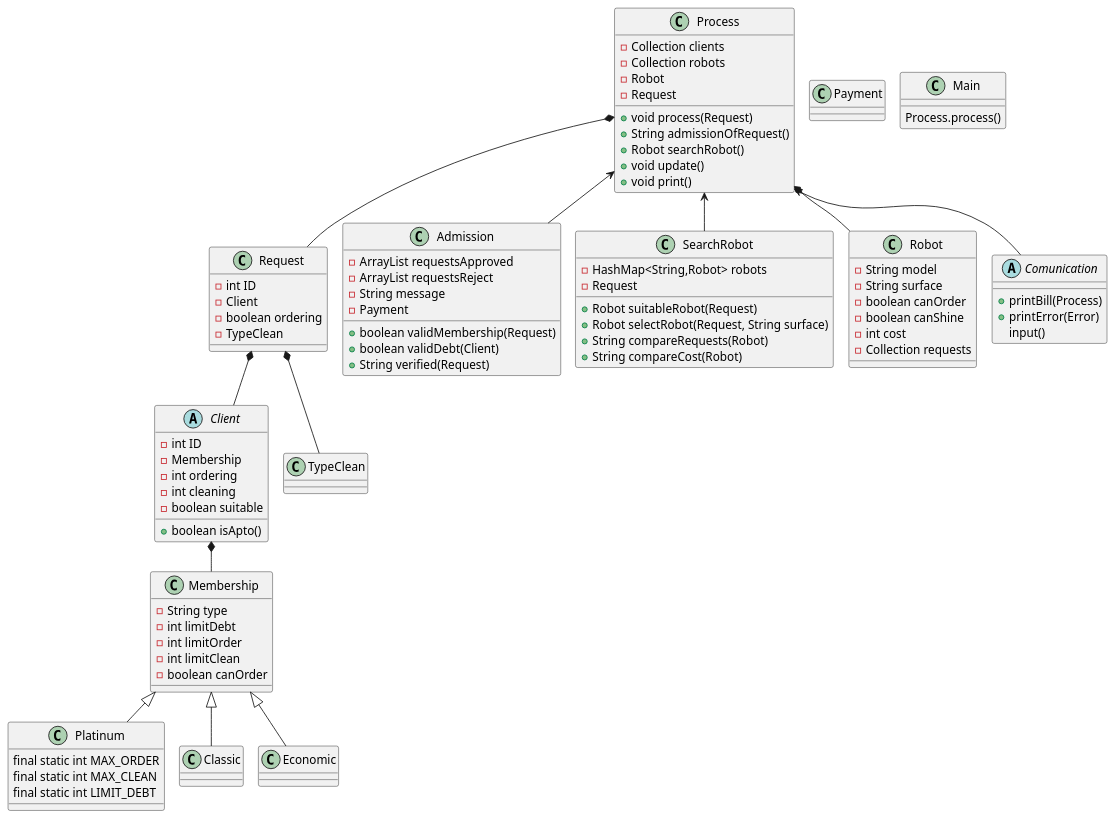
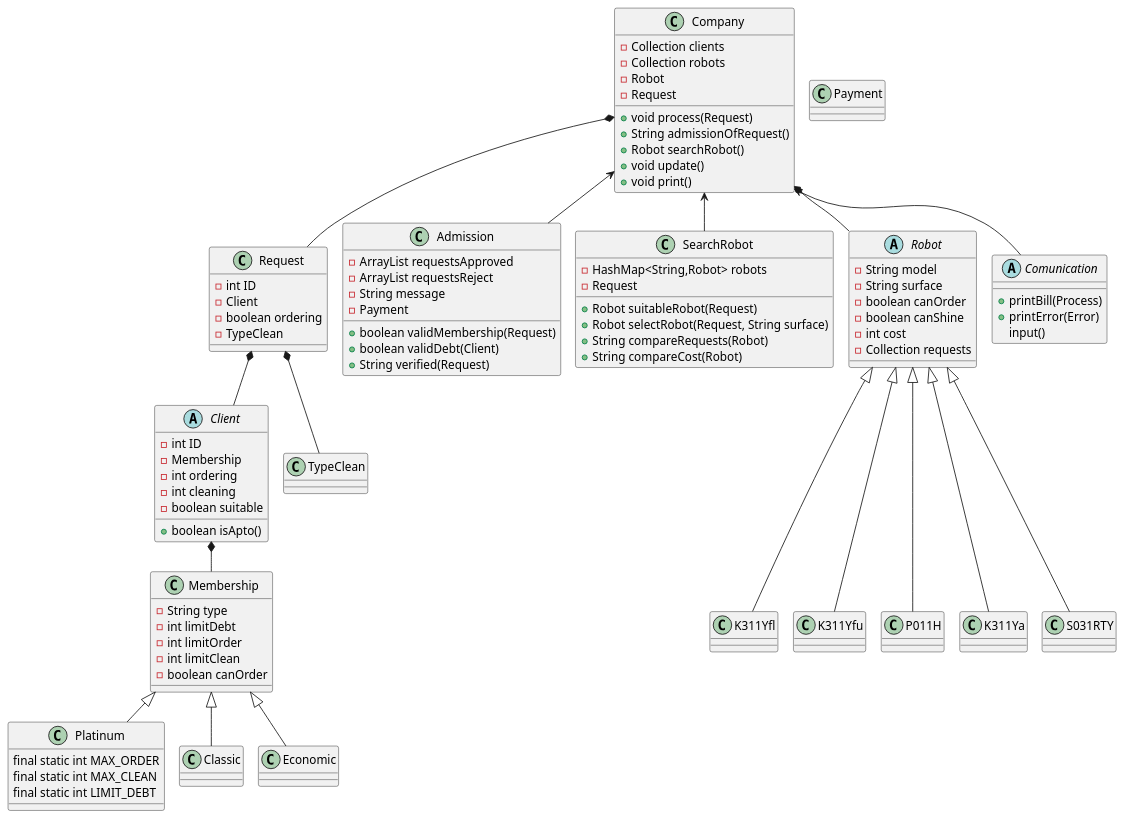
The diagram in src/Aproach3.puml (Grupo-3-Labo-y-prog/RobotsTP), drawn with PlantUML before and after one commit. The commit also changed 8 other files, not shown here.

Commit message:
Diagrama actualizado y algunas clases Robot

```diff
--- a/src/Aproach3.puml
+++ b/src/Aproach3.puml
@@ -1,142 +1,149 @@
 @startuml
 'https://plantuml.com/class-diagram
 
 !pragma layout smetana
 
 'array de pedidos hechos por robot
 
 abstract Client
 class Membership
 class Platinum
 class Classic
 class Economic
 class Request
 class TypeClean
 class Admission
-class Process
+class Company
 class SearchRobot
 class Payment
-class Robot
+abstract class Robot
+class K311Yfl
+class K311Yfu
+class P011H
+class K311Ya
+class S031RTY
+
 
 Client *-- Membership
 Membership <|-- Platinum
 Membership <|-- Classic
 Membership <|-- Economic
-Process <-- Admission
-Process <-- SearchRobot
-Process <-- Comunication
-Process *-- Robot
-Process *-- Request
+Company <-- Admission
+Company <-- SearchRobot
+Company <-- Comunication
+Company *-- Robot
+Company *-- Request
 Request *-- Client
 Request *-- TypeClean
+Robot <|---K311Ya
+Robot <|---S031RTY
+Robot <|---P011H
+Robot <|---K311Yfu
+Robot <|---K311Yfl
 
 
 abstract Comunication{
 +printBill(Process)
 +printError(Error)
 input()
 }
 
-class Robot{
+abstract class Robot{
 -String model
 -String surface
 -boolean canOrder
 -boolean canShine
 -int cost
 -Collection requests
 }
 
-class Process{
+class Company{
 
 -Collection clients
 -Collection robots
 -Robot
 -Request
 
 'llama a admission
 +void process(Request)
 +String admissionOfRequest()
 +Robot searchRobot()
 +void update()
 +void print()
 
 
 }
 
 'posible clase
 class Admission{
 -ArrayList requestsApproved
 -ArrayList requestsReject
 -String message
 -Payment
 '-ArrayList clients
 
 'ej: pedir un ordenamiento cuando no puede
 +boolean validMembership(Request)
 +boolean validDebt(Client)
 +String verified(Request)
 
 
 }
 
 
 class SearchRobot{
 
 -HashMap<String,Robot> robots
 -Request
 
 'llama a la funcion selectRobot y recibe el robot ideal
 + Robot suitableRobot(Request)
 'recibe un request y realiza una iteracion
 'en la colleccion robots donde compara los requerimientos
 + Robot selectRobot(Request, String surface)
 'si es Platinum compara la cola que tiene con un min y se guarda la key
 'si es el primero se fija si es null y lo asigna
 + String compareRequests(Robot)
 'si no es platinum compara el costo con un min y guarda la key para devolverla
 + String compareCost(Robot)
 }
 
 'posible clase lo mismo arriba
-class Main{
 
-Process.process()
-
-}
 
 class Request{
 -int ID
 -Client
 -boolean ordering
 -TypeClean
 '-String address?
 
 }
 
 abstract Client{
 -int ID
 -Membership
 -int ordering
 -int cleaning
 -boolean suitable
 'Collection requests
 'String address?
 +boolean isApto()
 'return limitOrder > ordering && limitClean > cleaning
 }
 
 class Membership{
 -String type
 -int limitDebt
 -int limitOrder
 -int limitClean
 -boolean canOrder
 }
 
 class Platinum{
 final static int MAX_ORDER
 final static int MAX_CLEAN
 final static int LIMIT_DEBT
 }
 
 @enduml
```
